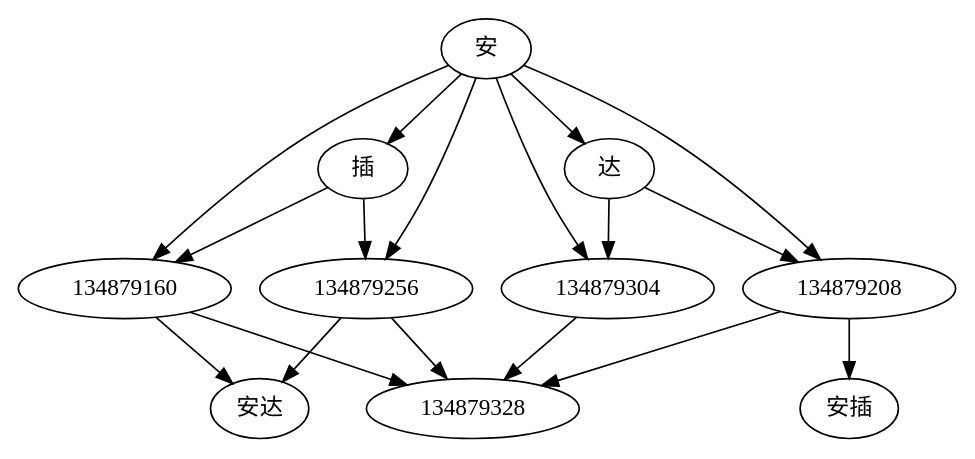
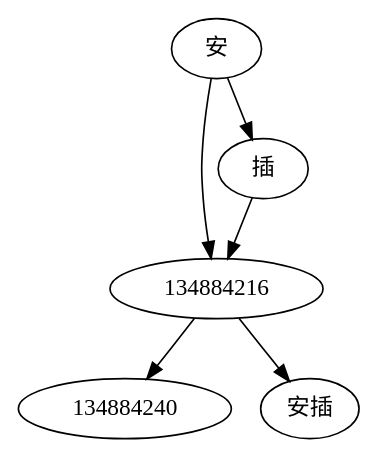
One commit to barnabuschen/nero changed the diagram in era/data/wordspic.dot. Above: the diagram before and after it, drawn with Graphviz. The commit also changed 23 other files, not shown here.

```diff
--- a/era/data/wordspic.dot
+++ b/era/data/wordspic.dot
@@ -1,21 +1,9 @@
 digraph graphname {
 
-	安 -> 134879160;
+	安 -> 134884216;
 	安 -> 插;
-	安 -> 134879208;
-	安 -> 达;
-	安 -> 134879256;
-	安 -> 134879304;
-	插 -> 134879160;
-	插 -> 134879256;
-	达 -> 134879208;
-	达 -> 134879304;
-	134879160 -> 134879328;
-	134879160 ->  安达;
-	134879208 -> 134879328;
-	134879208 ->  安插;
-	134879256 -> 134879328;
-	134879256 ->  安达;
-	134879304 -> 134879328;
+	插 -> 134884216;
+	134884216 -> 134884240;
+	134884216 ->  安插;
 
 }
```
